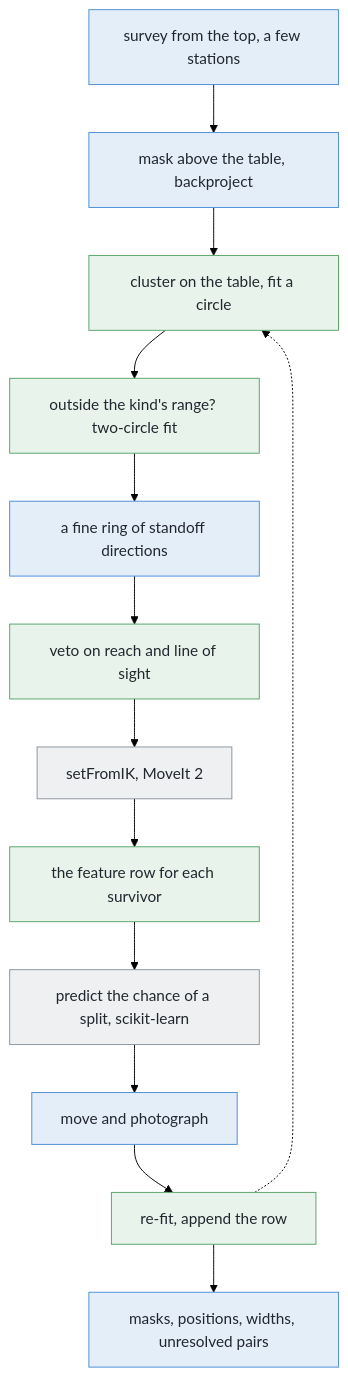
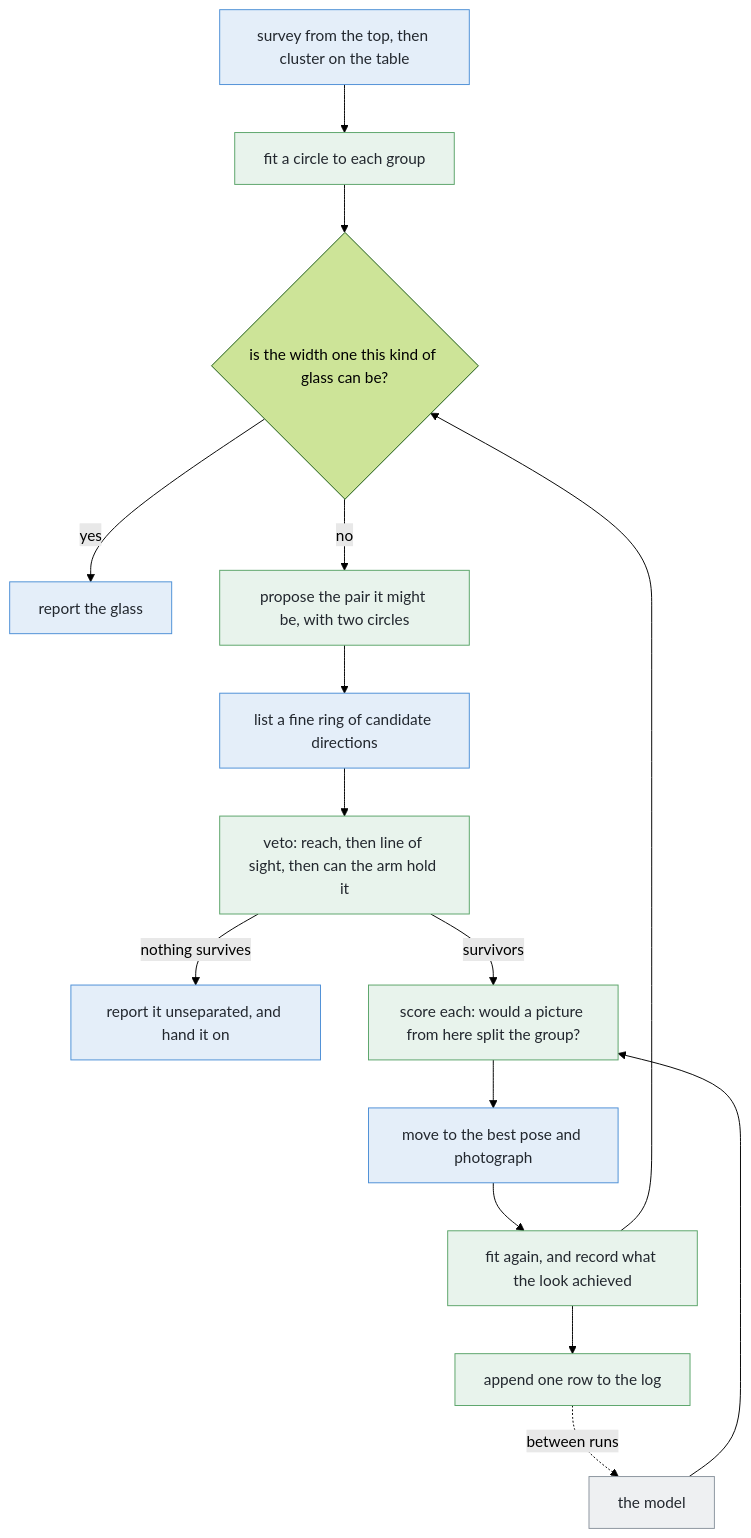
Before and after one commit to RobinNagpal/robot-arm-projects: the diagram in v5-pick-glasses/docs/problem-2/solutions/06-learn-which-viewpoints-pay-off.md, drawn with Mermaid (forest theme). The commit also changed other lines of this file, not shown here.

````diff
--- a/v5-pick-glasses/docs/problem-2/solutions/06-learn-which-viewpoints-pay-off.md
+++ b/v5-pick-glasses/docs/problem-2/solutions/06-learn-which-viewpoints-pay-off.md
@@ -389,27 +293,29 @@
 ```mermaid
 flowchart TD
-    E1["survey from the top, a few stations"] --> E2["mask above the table, backproject"]
-    E2 --> N1["cluster on the table, fit a circle"]
-    N1 --> N2["outside the kind's range? two-circle fit"]
-    N2 --> E3["a fine ring of standoff directions"]
-    E3 --> N3["veto on reach and line of sight"]
-    N3 --> L1["setFromIK, MoveIt 2"]
-    L1 --> N4["the feature row for each survivor"]
-    N4 --> L2["predict the chance of a split, scikit-learn"]
-    L2 --> E4["move and photograph"]
-    E4 --> N5["re-fit, append the row"]
-    N5 --> E5["masks, positions, widths, unresolved pairs"]
-    N5 -.-> N1
+    E1["survey from the top, then cluster on the table"] --> N1["fit a circle to each group"]
+    N1 --> D1{"is the width one this kind of glass can be?"}
+    D1 -->|"yes"| OUT["report the glass"]
+    D1 -->|"no"| N2["propose the pair it might be, with two circles"]
+    N2 --> E3["list a fine ring of candidate directions"]
+    E3 --> N3["veto: reach, then line of sight, then can the arm hold it"]
+    N3 -->|"nothing survives"| E5["report it unseparated, and hand it on"]
+    N3 -->|"survivors"| N4["score each: would a picture from here split the group?"]
+    L2["the model"] --> N4
+    N4 --> E4["move to the best pose and photograph"]
+    E4 --> N5["fit again, and record what the look achieved"]
+    N5 --> D1
+    N5 --> LOG["append one row to the log"]
+    LOG -.->|"between runs"| L2
     style E1 fill:#e4eef9,stroke:#4c8fd6,color:#22272e
-    style E2 fill:#e4eef9,stroke:#4c8fd6,color:#22272e
     style E3 fill:#e4eef9,stroke:#4c8fd6,color:#22272e
     style E4 fill:#e4eef9,stroke:#4c8fd6,color:#22272e
     style E5 fill:#e4eef9,stroke:#4c8fd6,color:#22272e
+    style OUT fill:#e4eef9,stroke:#4c8fd6,color:#22272e
     style N1 fill:#e8f3ec,stroke:#5aa469,color:#22272e
     style N2 fill:#e8f3ec,stroke:#5aa469,color:#22272e
     style N3 fill:#e8f3ec,stroke:#5aa469,color:#22272e
     style N4 fill:#e8f3ec,stroke:#5aa469,color:#22272e
     style N5 fill:#e8f3ec,stroke:#5aa469,color:#22272e
-    style L1 fill:#eef0f2,stroke:#8b949e,color:#22272e
+    style LOG fill:#e8f3ec,stroke:#5aa469,color:#22272e
     style L2 fill:#eef0f2,stroke:#8b949e,color:#22272e
 ```
````
